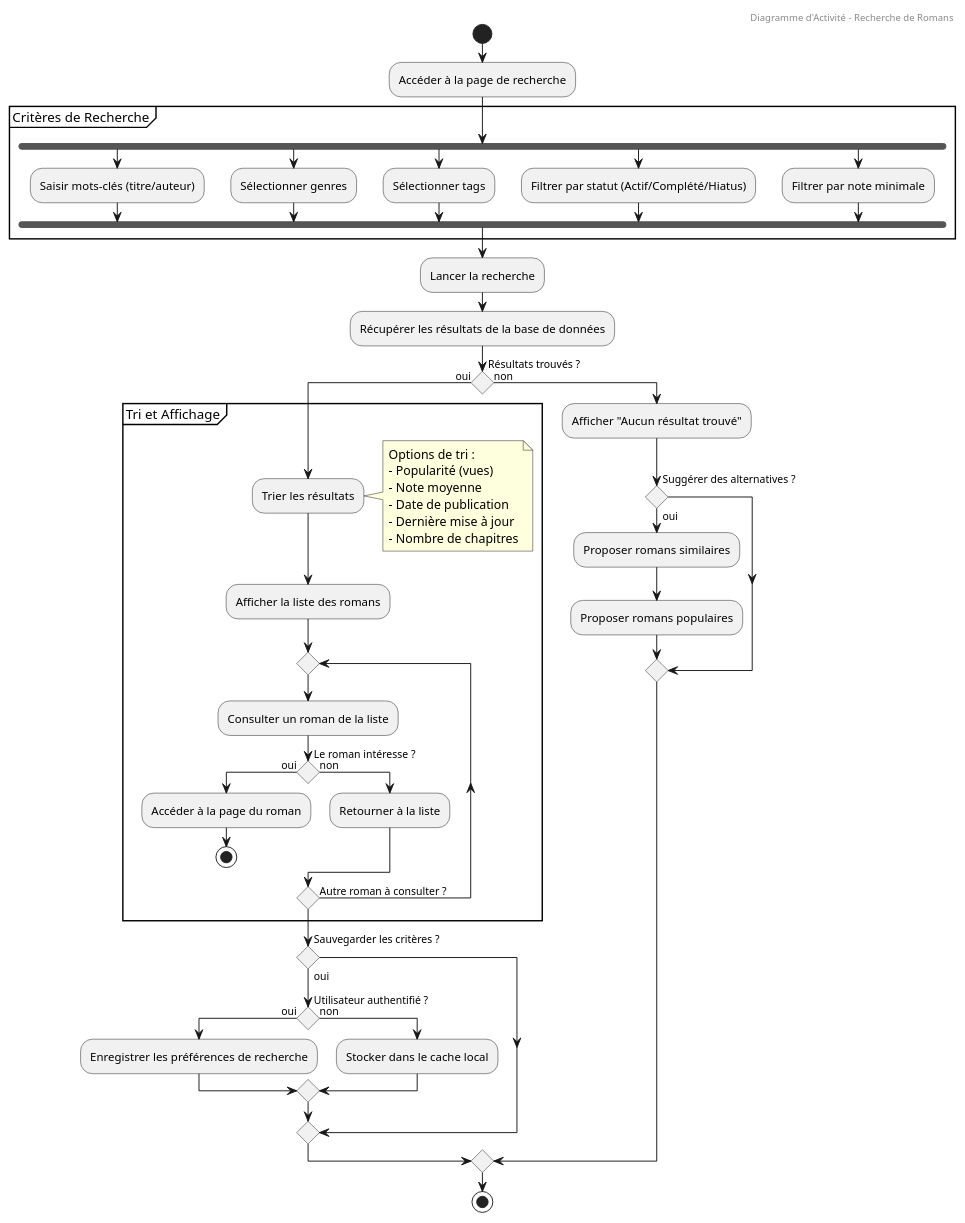
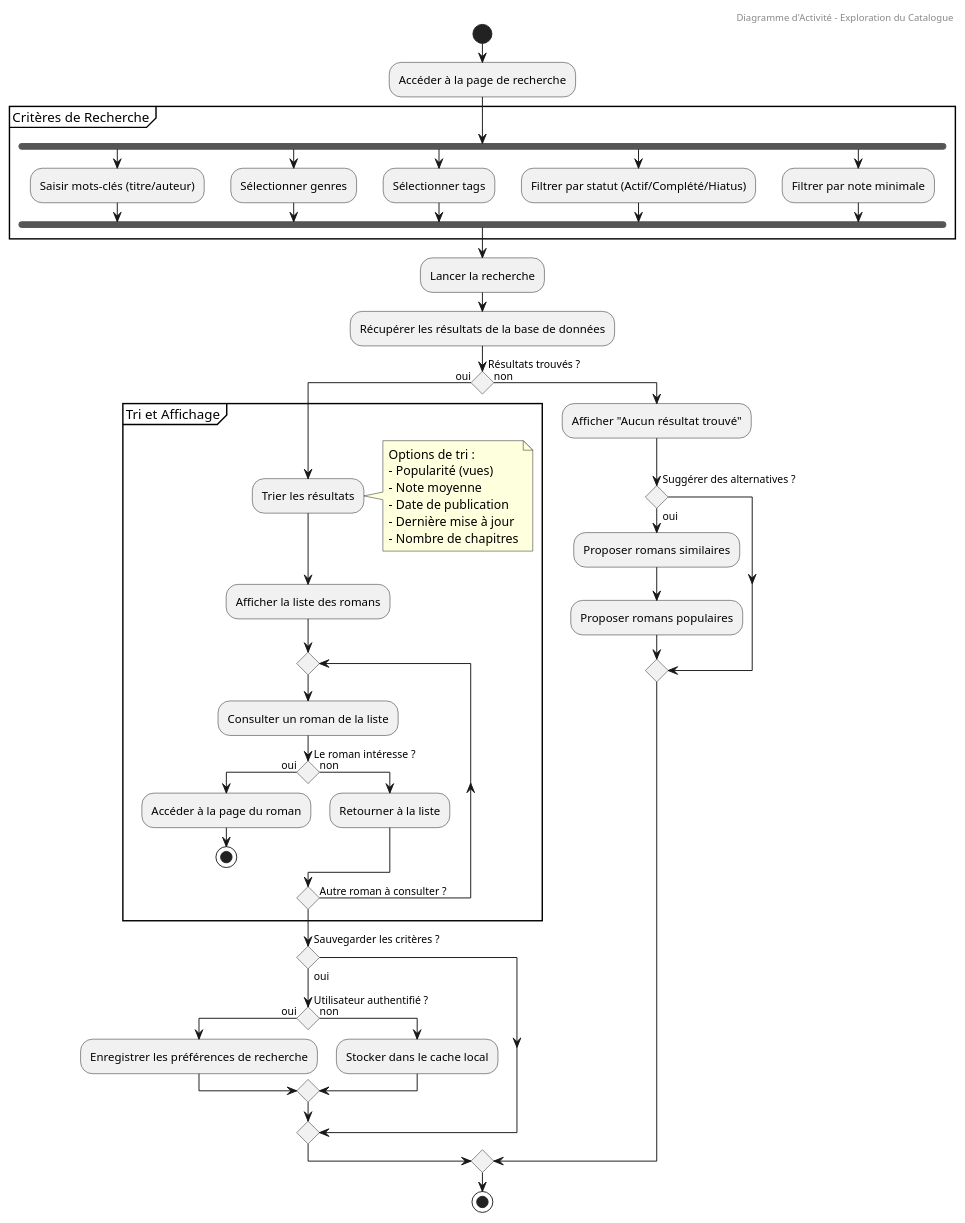
One commit to matthieuzajac/UML_project changed the diagram in src/Activity/search.wsd. Above: the diagram before and after it, drawn with PlantUML. The commit also changed 11 other files, not shown here.

Commit message:
Simplify use case diagram and align diagram titles

```diff
--- a/src/Activity/search.wsd
+++ b/src/Activity/search.wsd
@@ -1,72 +1,72 @@
 @startuml activity diagram search
-header Diagramme d'Activité - Recherche de Romans
+header Diagramme d'Activité - Exploration du Catalogue
 skinparam conditionStyle diamond
 
 start
 
 :Accéder à la page de recherche;
 
 partition "Critères de Recherche" {
     fork
         :Saisir mots-clés (titre/auteur);
     fork again
         :Sélectionner genres;
     fork again
         :Sélectionner tags;
     fork again
         :Filtrer par statut (Actif/Complété/Hiatus);
     fork again
         :Filtrer par note minimale;
     end fork
 }
 
 :Lancer la recherche;
 
 :Récupérer les résultats de la base de données;
 
 if (Résultats trouvés ?) then (oui)
     partition "Tri et Affichage" {
         :Trier les résultats;
         note right
             Options de tri :
             - Popularité (vues)
             - Note moyenne
             - Date de publication
             - Dernière mise à jour
             - Nombre de chapitres
         end note
         
         :Afficher la liste des romans;
         
         repeat
             :Consulter un roman de la liste;
             
             if (Le roman intéresse ?) then (oui)
                 :Accéder à la page du roman;
                 stop
             else (non)
                 :Retourner à la liste;
             endif
             
         repeat while (Autre roman à consulter ?) is (oui)
     }
     
     if (Sauvegarder les critères ?) then (oui)
         if (Utilisateur authentifié ?) then (oui)
             :Enregistrer les préférences de recherche;
         else (non)
             :Stocker dans le cache local;
         endif
     endif
     
 else (non)
     :Afficher "Aucun résultat trouvé";
     
     if (Suggérer des alternatives ?) then (oui)
         :Proposer romans similaires;
         :Proposer romans populaires;
     endif
 endif
 
 stop
 @enduml
```
